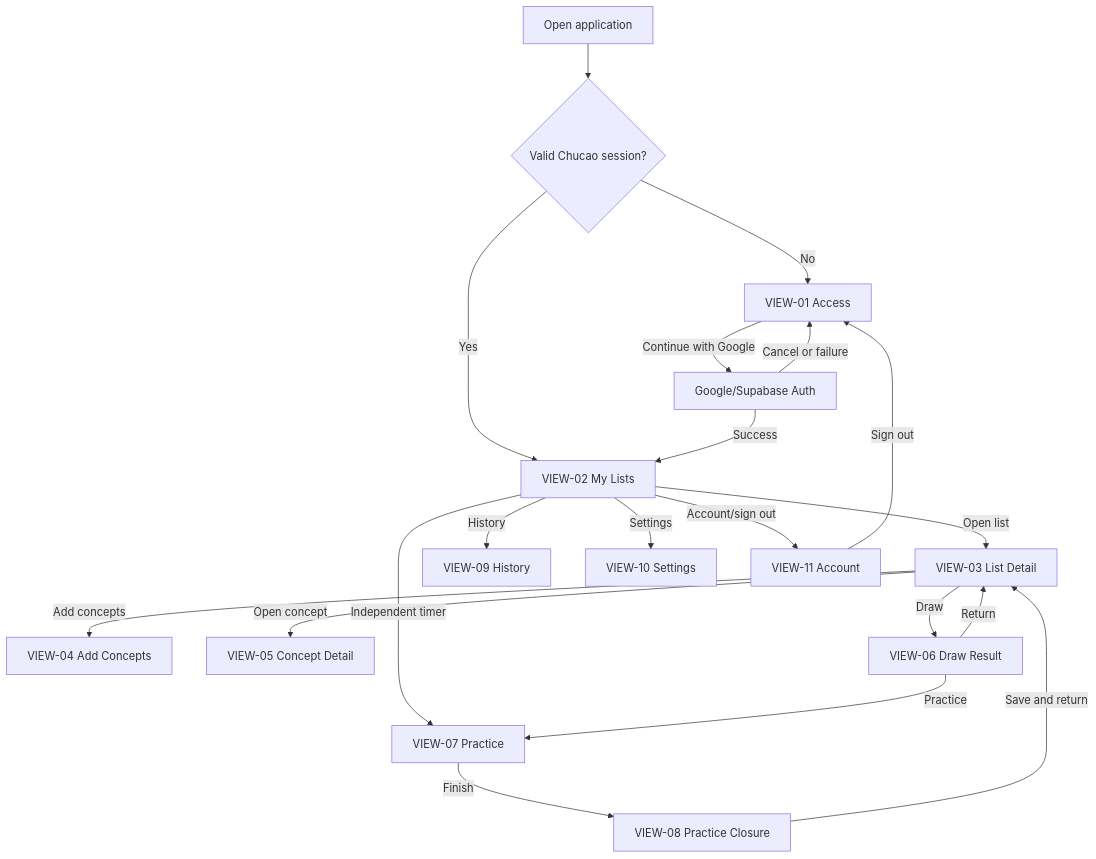
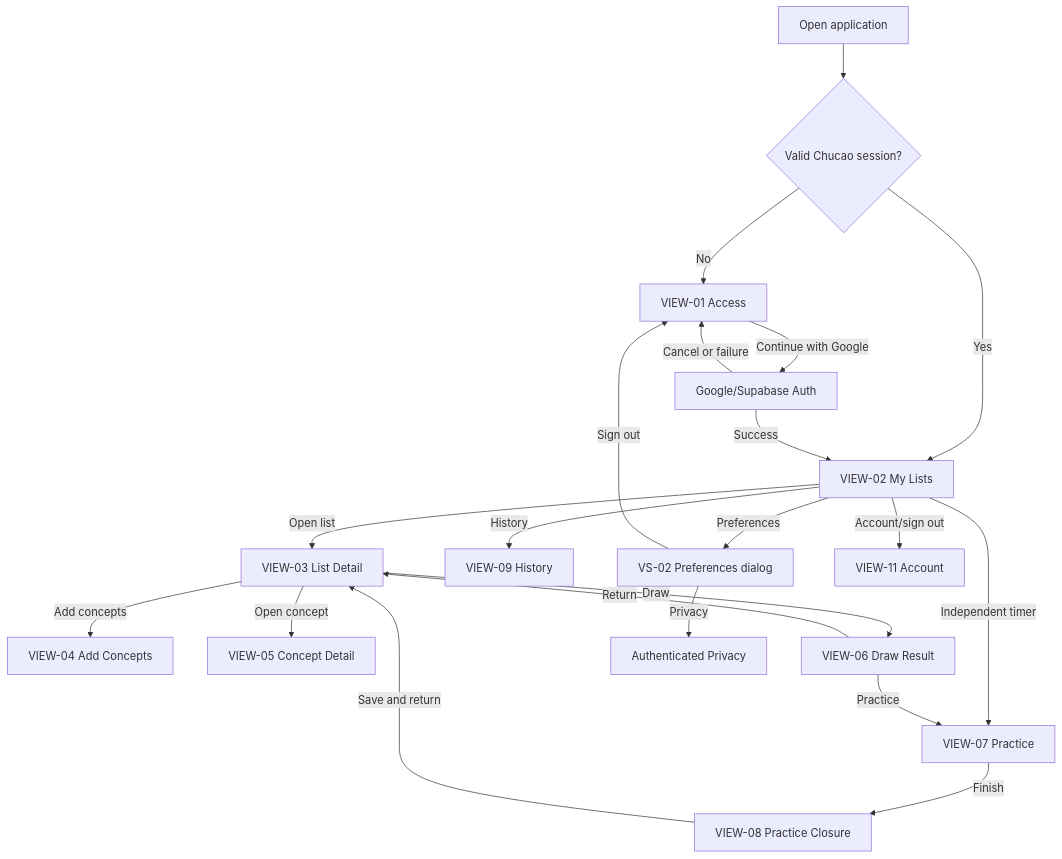
The diagram in docs/app-flow.md (sebastianolmos/chucao-web), drawn with Mermaid before and after one commit. The commit also changed other lines of this file and 38 other files, not shown here.

````diff
--- a/docs/app-flow.md
+++ b/docs/app-flow.md
@@ -53,22 +53,23 @@
 ```mermaid
 flowchart TD
     OPEN[Open application] --> SESSION{Valid Chucao session?}
     SESSION -->|No| ACCESS[VIEW-01 Access]
     SESSION -->|Yes| LISTS[VIEW-02 My Lists]
     ACCESS -->|Continue with Google| AUTH[Google/Supabase Auth]
     AUTH -->|Success| LISTS
     AUTH -->|Cancel or failure| ACCESS
     LISTS -->|Open list| DETAIL[VIEW-03 List Detail]
     LISTS -->|Independent timer| PRACTICE[VIEW-07 Practice]
     DETAIL -->|Add concepts| ADD[VIEW-04 Add Concepts]
     DETAIL -->|Open concept| CONCEPT[VIEW-05 Concept Detail]
     DETAIL -->|Draw| RESULT[VIEW-06 Draw Result]
     RESULT -->|Practice| PRACTICE
     RESULT -->|Return| DETAIL
     PRACTICE -->|Finish| CLOSE[VIEW-08 Practice Closure]
     CLOSE -->|Save and return| DETAIL
     LISTS -->|History| HISTORY[VIEW-09 History]
-    LISTS -->|Settings| SETTINGS[VIEW-10 Settings]
+    LISTS -->|Preferences| SETTINGS[VS-02 Preferences dialog]
+    SETTINGS -->|Privacy| PRIVACY[Authenticated Privacy]
     LISTS -->|Account/sign out| ACCOUNT[VIEW-11 Account]
-    ACCOUNT -->|Sign out| ACCESS
+    SETTINGS -->|Sign out| ACCESS
 ```
````
